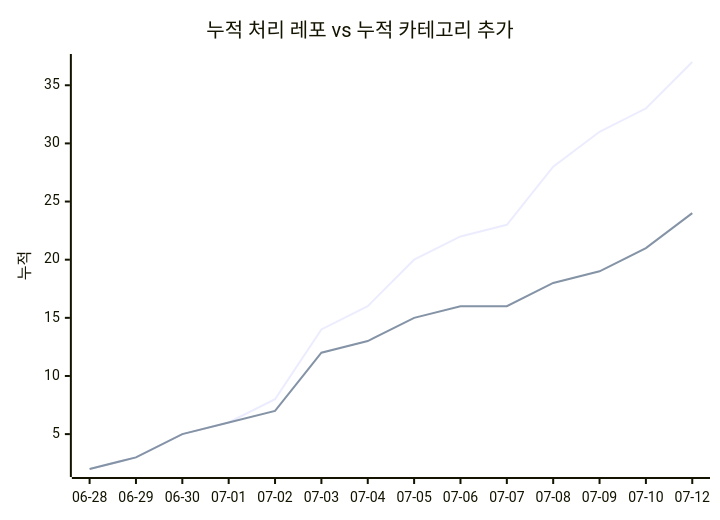
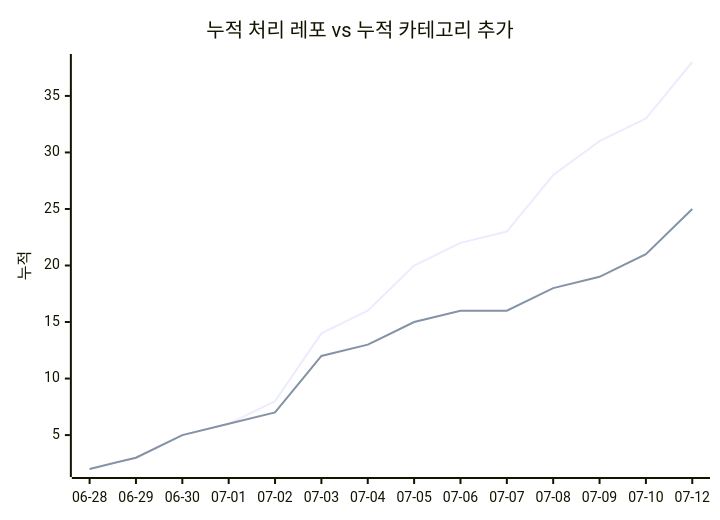
One commit to J-nowcow/awesome-korean-agent-skills changed the second of 2 diagrams in docs/trends.md. Above: the diagram before and after it, drawn with Mermaid. The commit also changed other lines of this file and 3 other files, not shown here.

````diff
--- a/docs/trends.md
+++ b/docs/trends.md
@@ -68,8 +68,8 @@
 ```mermaid
 xychart-beta
     title "누적 처리 레포 vs 누적 카테고리 추가"
     x-axis ["06-28","06-29","06-30","07-01","07-02","07-03","07-04","07-05","07-06","07-07","07-08","07-09","07-10","07-12"]
     y-axis "누적"
-    line [2,3,5,6,8,14,16,20,22,23,28,31,33,37]
-    line [2,3,5,6,7,12,13,15,16,16,18,19,21,24]
+    line [2,3,5,6,8,14,16,20,22,23,28,31,33,38]
+    line [2,3,5,6,7,12,13,15,16,16,18,19,21,25]
 ```
````
